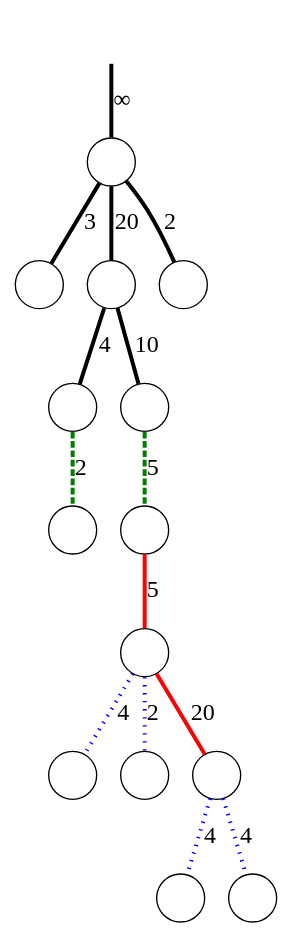
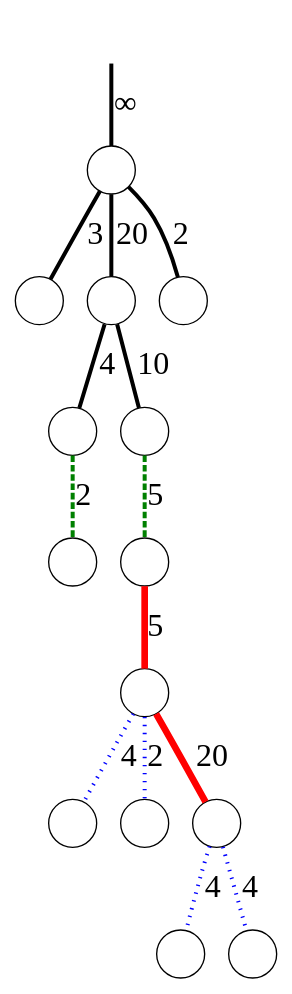
The diagram in graphs/example-d.gv (sgolodetz/waterfallpaper), drawn with Graphviz before and after one commit. The commit also changed 16 other files, not shown here.

Commit message:
Make the red edges in Figure 10 bolder.

```diff
--- a/graphs/example-d.gv
+++ b/graphs/example-d.gv
@@ -1,22 +1,22 @@
 digraph
 {
 	node [shape=circle, label=""];
-	edge [dir=both, arrowtail=none, arrowhead=none, penwidth=3, fontsize=18];
+	edge [dir=both, arrowtail=none, arrowhead=none, penwidth=3, fontsize=24];
 
 	r -> n00 [label="&infin;"];
 	n00 -> n10 [label=3];
 	n00 -> n11 [label=20];
 	n00 -> n12 [label=2];
 	n11 -> n20 [label=4];
 	n11 -> n21 [label=10];
 	n20 -> n30 [label=2, color=green, style=dashed];
 	n21 -> n31 [label=5, color=green, style=dashed];
-	n31 -> n40 [label=5, color=red, style=bold];
+	n31 -> n40 [label=5, color=red, penwidth=5];
 	n40 -> n50 [label=4, color=blue, style=dotted];
 	n40 -> n51 [label=2, color=blue, style=dotted];
-	n40 -> n52 [label=20, color=red, style=bold];
+	n40 -> n52 [label=20, color=red, penwidth=5];
 	n52 -> n60 [label=4, color=blue, style=dotted];
 	n52 -> n61 [label=4, color=blue, style=dotted];
 
 	r [style=invisible];
 }
```
